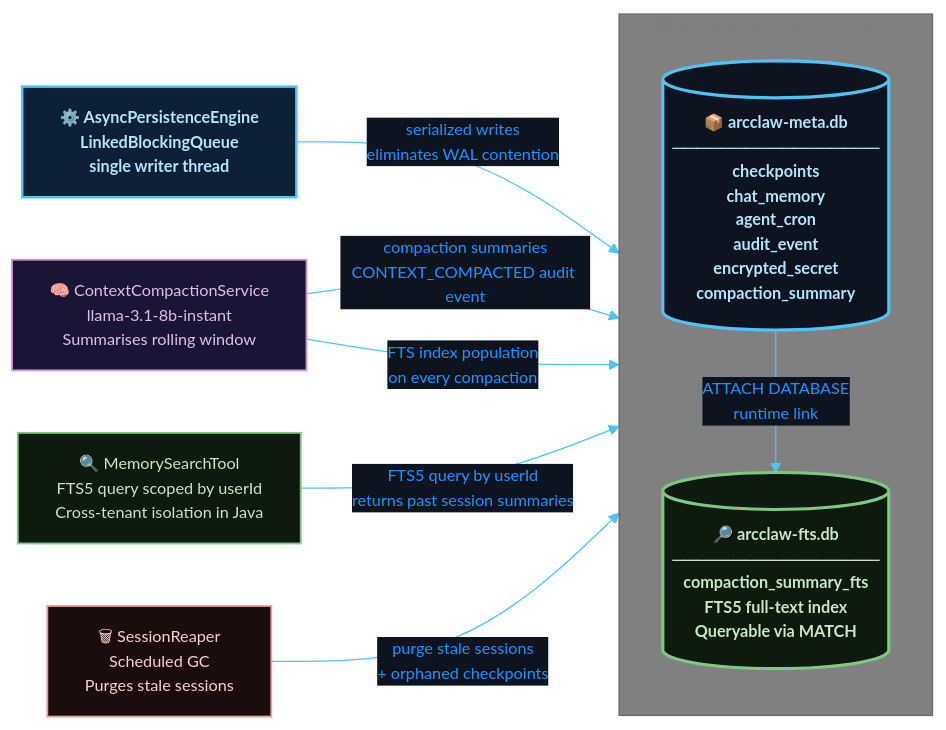
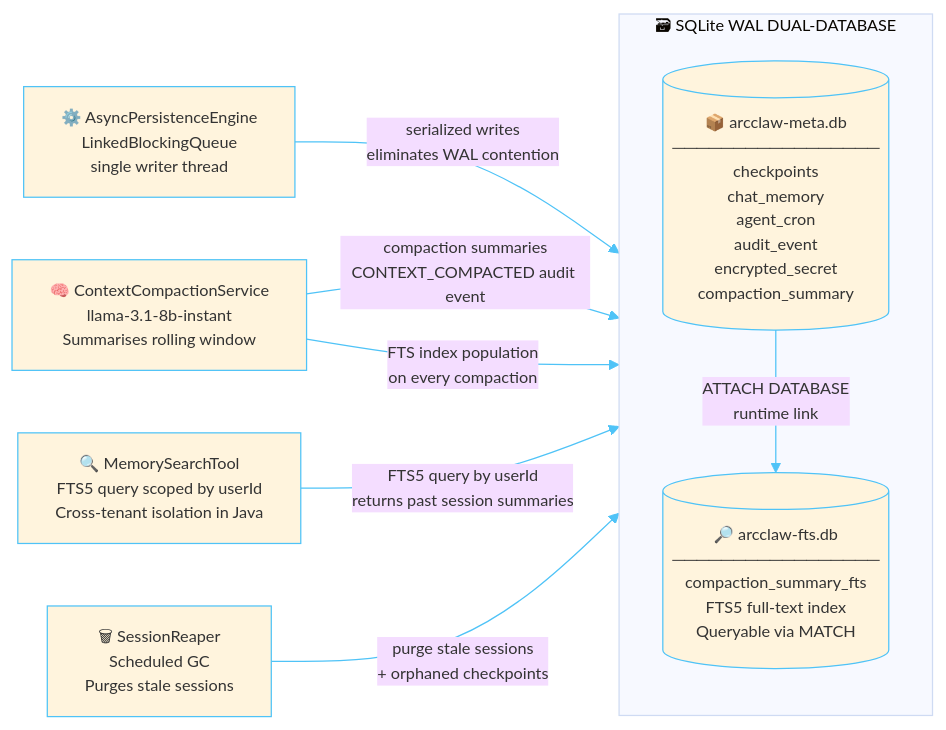
Before and after one commit to rsrini7/AmshaAgent: the fifth of 8 diagrams in README.md, drawn with Mermaid. The commit also changed other lines of this file, not shown here.

Commit message:
docs: simplify mermaid diagram theme variable definitions

````diff
--- a/README.md
+++ b/README.md
@@ -564,29 +547,22 @@
 ```mermaid
-%%{init: {'theme': 'base', 'themeVariables': {'background': '#09a420', 'mainBkg': '#09a420', 'primaryColor': '#1e3a5f', 'primaryTextColor': '#2092ff', 'primaryBorderColor': '#4fc3f7', 'lineColor': '#4fc3f7', 'secondaryColor': '#122030', 'tertiaryColor': '#808080', 'activationBorderColor': '#4fc3f7', 'activationBkgColor': '#1e3a5f', 'actorBkg': '#1e3a5f', 'actorBorder': '#4fc3f7', 'actorTextColor': '#e0ecff', 'actorLineColor': '#4fc3f7', 'signalColor': '#e8a045', 'signalTextColor': '#e8a045', 'labelBoxBkgColor': '#09a420', 'labelBoxBorderColor': '#0b0c0cff', 'labelTextColor': '#e0ecff', 'loopTextColor': '#e0ecff', 'noteBkgColor': '#1a2a0d', 'noteBorderColor': '#81c784', 'noteTextColor': '#c8e6c9', 'edgeLabelBackground': '#0d1420', 'fontSize': '13px'}}}%%
+%%{init: {'theme': 'base', 'themeVariables': {'primaryBorderColor': '#4fc3f7', 'lineColor': '#4fc3f7', 'activationBorderColor': '#4fc3f7', 'actorBorder': '#4fc3f7', 'actorLineColor': '#4fc3f7','labelBoxBorderColor': '#0b0c0cff', 'noteBorderColor': '#81c784', 'fontSize': '13px'}}}%%
 graph LR
-    classDef writer fill:#0d2035,stroke:#4fc3f7,stroke-width:2px,color:#b3e5fc,font-weight:bold
-    classDef compactor fill:#1a1535,stroke:#ce93d8,stroke-width:1.5px,color:#e1bee7
-    classDef searcher fill:#0d1a0d,stroke:#81c784,stroke-width:1.5px,color:#c8e6c9
-    classDef reaper fill:#1a0d0d,stroke:#ef9a9a,stroke-width:1.5px,color:#ffcdd2
-    classDef metadb fill:#0d1420,stroke:#4fc3f7,stroke-width:2.5px,color:#b3e5fc,font-weight:bold
-    classDef ftsdb fill:#0d1a0d,stroke:#81c784,stroke-width:2.5px,color:#c8e6c9,font-weight:bold
-    classDef attach fill:#1a1200,stroke:#e8a045,stroke-width:1px,color:#ffe082
 
     APE["⚙️ AsyncPersistenceEngine<br/>LinkedBlockingQueue<br/>single writer thread"]:::writer
     CC["🧠 ContextCompactionService<br/>llama-3.1-8b-instant<br/>Summarises rolling window"]:::compactor
     MST["🔍 MemorySearchTool<br/>FTS5 query scoped by userId<br/>Cross-tenant isolation in Java"]:::searcher
     SR["🗑 SessionReaper<br/>Scheduled GC<br/>Purges stale sessions"]:::reaper
 
     subgraph DUAL["  🗃  SQLite WAL DUAL-DATABASE  "]
         direction TB
         Meta[("📦 arcclaw-meta.db<br/>─────────────────<br/>checkpoints<br/>chat_memory<br/>agent_cron<br/>audit_event<br/>encrypted_secret<br/>compaction_summary")]:::metadb
         FTS[("🔎 arcclaw-fts.db<br/>─────────────────<br/>compaction_summary_fts<br/>FTS5 full-text index<br/>Queryable via MATCH")]:::ftsdb
         Meta -->|"ATTACH DATABASE<br/>runtime link"| FTS
     end
 
     APE -->|"serialized writes<br/>eliminates WAL contention"| Meta
     CC -->|"compaction summaries<br/>CONTEXT_COMPACTED audit event"| Meta
     CC -->|"FTS index population<br/>on every compaction"| FTS
     MST -->|"FTS5 query by userId<br/>returns past session summaries"| FTS
     SR -->|"purge stale sessions<br/>+ orphaned checkpoints"| Meta
 ```
````
